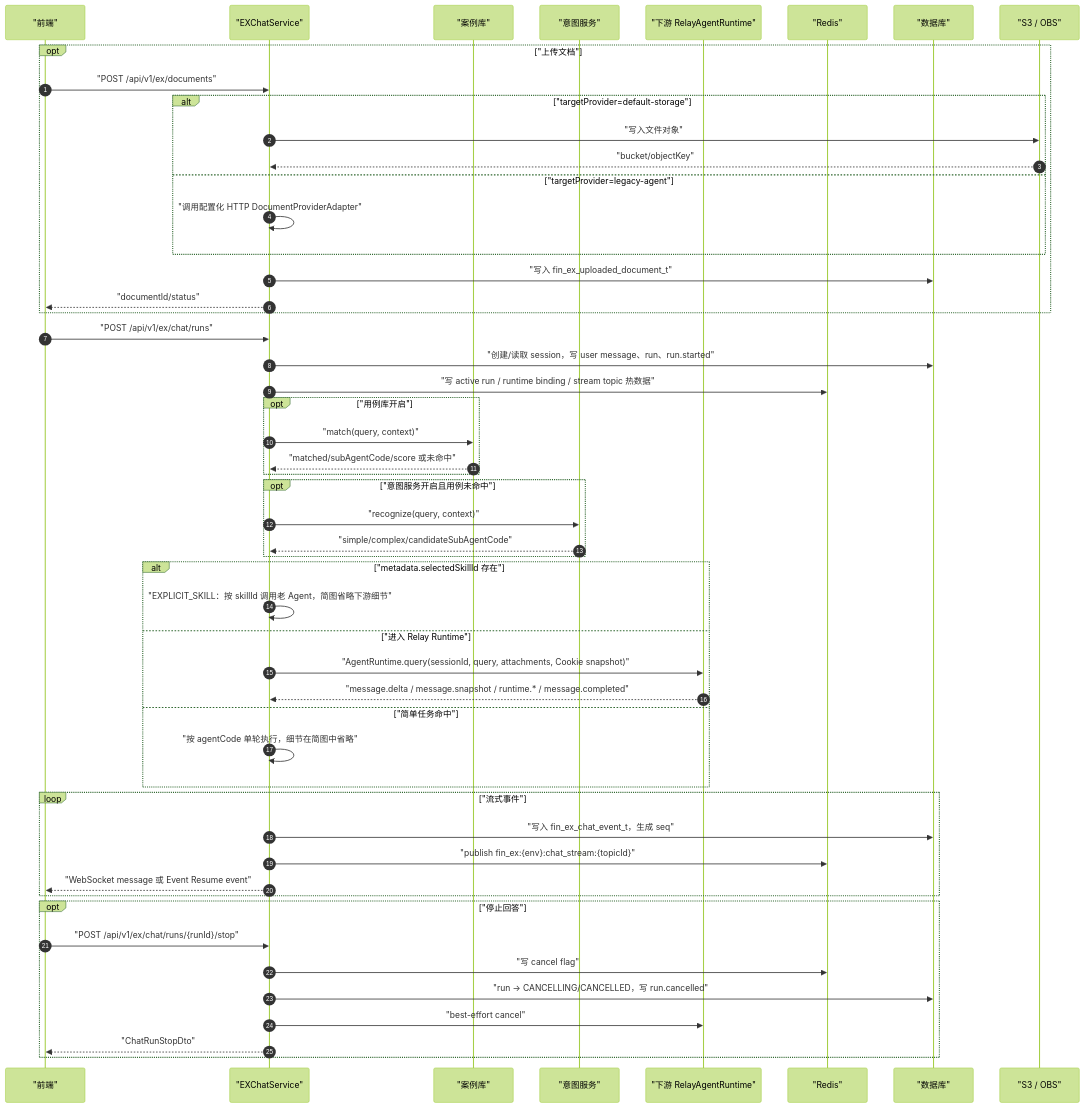
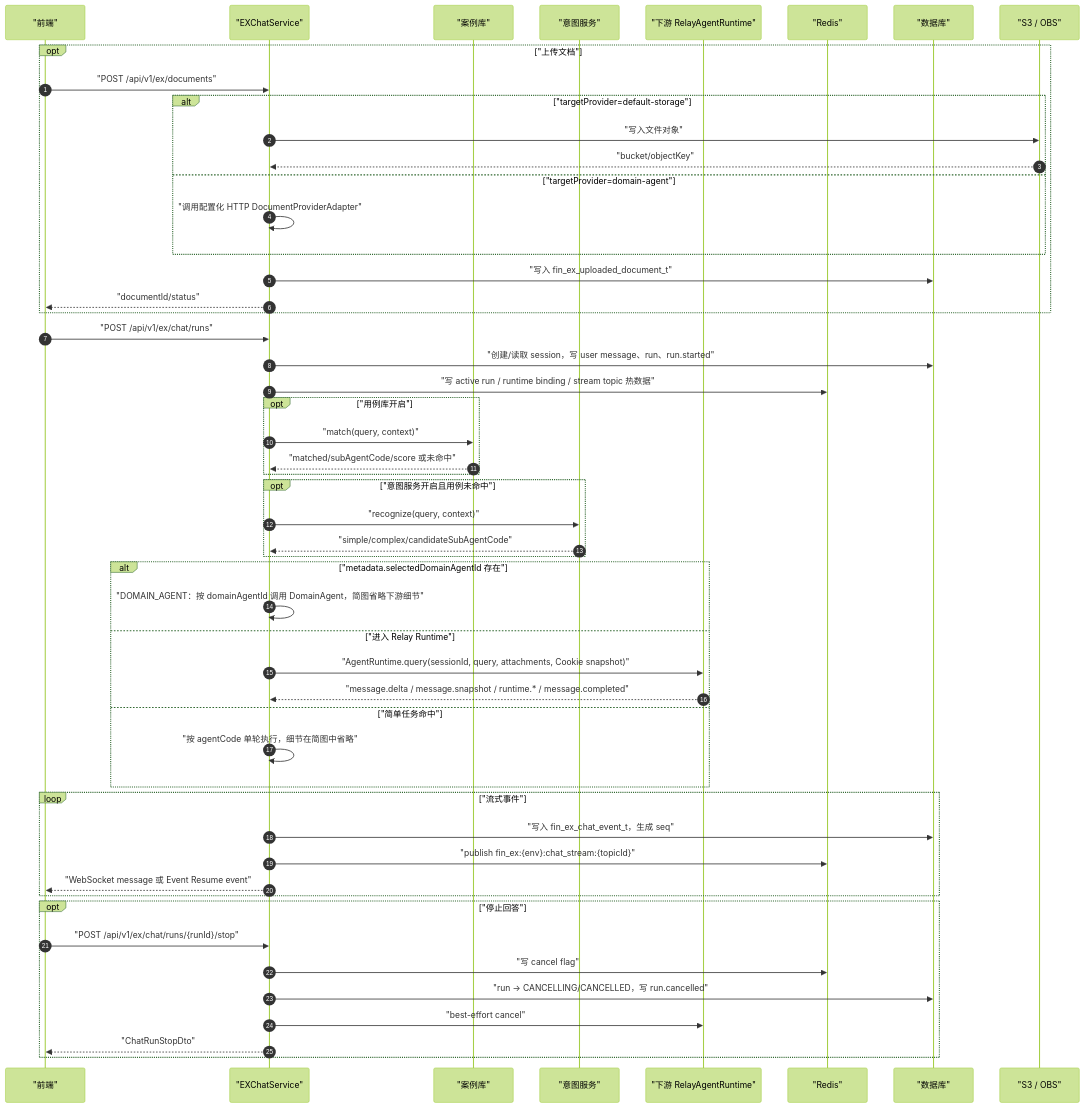
One commit to kunben-duck/exweb changed the third of 10 diagrams in docs/architecture/README.md. Above: the diagram before and after it, drawn with Mermaid (forest theme). The commit also changed other lines of this file and 47 other files, not shown here.

Commit message:
refactor: rename legacy skill to domain agent

````diff
--- a/docs/architecture/README.md
+++ b/docs/architecture/README.md
@@ -169,61 +169,61 @@
 ```mermaid
 sequenceDiagram
     autonumber
     participant Frontend as "前端"
     participant EX as "EXChatService"
     participant UseCase as "案例库"
     participant Intent as "意图服务"
     participant Relay as "下游 RelayAgentRuntime"
     participant Redis as "Redis"
     participant DB as "数据库"
     participant S3 as "S3 / OBS"
 
     opt "上传文档"
         Frontend->>EX: "POST /api/v1/ex/documents"
         alt "targetProvider=default-storage"
             EX->>S3: "写入文件对象"
             S3-->>EX: "bucket/objectKey"
-        else "targetProvider=legacy-agent"
+        else "targetProvider=domain-agent"
             EX->>EX: "调用配置化 HTTP DocumentProviderAdapter"
         end
         EX->>DB: "写入 fin_ex_uploaded_document_t"
         EX-->>Frontend: "documentId/status"
     end
 
     Frontend->>EX: "POST /api/v1/ex/chat/runs"
     EX->>DB: "创建/读取 session，写 user message、run、run.started"
     EX->>Redis: "写 active run / runtime binding / stream topic 热数据"
 
     opt "用例库开启"
         EX->>UseCase: "match(query, context)"
         UseCase-->>EX: "matched/subAgentCode/score 或未命中"
     end
 
     opt "意图服务开启且用例未命中"
         EX->>Intent: "recognize(query, context)"
         Intent-->>EX: "simple/complex/candidateSubAgentCode"
     end
 
-    alt "metadata.selectedSkillId 存在"
-        EX->>EX: "EXPLICIT_SKILL：按 skillId 调用老 Agent，简图省略下游细节"
+    alt "metadata.selectedDomainAgentId 存在"
+        EX->>EX: "DOMAIN_AGENT：按 domainAgentId 调用 DomainAgent，简图省略下游细节"
     else "进入 Relay Runtime"
         EX->>Relay: "AgentRuntime.query(sessionId, query, attachments, Cookie snapshot)"
         Relay-->>EX: "message.delta / message.snapshot / runtime.* / message.completed"
     else "简单任务命中"
         EX->>EX: "按 agentCode 单轮执行，细节在简图中省略"
     end
 
     loop "流式事件"
         EX->>DB: "写入 fin_ex_chat_event_t，生成 seq"
         EX->>Redis: "publish fin_ex:{env}:chat_stream:{topicId}"
         EX-->>Frontend: "WebSocket message 或 Event Resume event"
     end
 
     opt "停止回答"
         Frontend->>EX: "POST /api/v1/ex/chat/runs/{runId}/stop"
         EX->>Redis: "写 cancel flag"
         EX->>DB: "run -> CANCELLING/CANCELLED，写 run.cancelled"
         EX->>Relay: "best-effort cancel"
         EX-->>Frontend: "ChatRunStopDto"
     end
 ```
````
